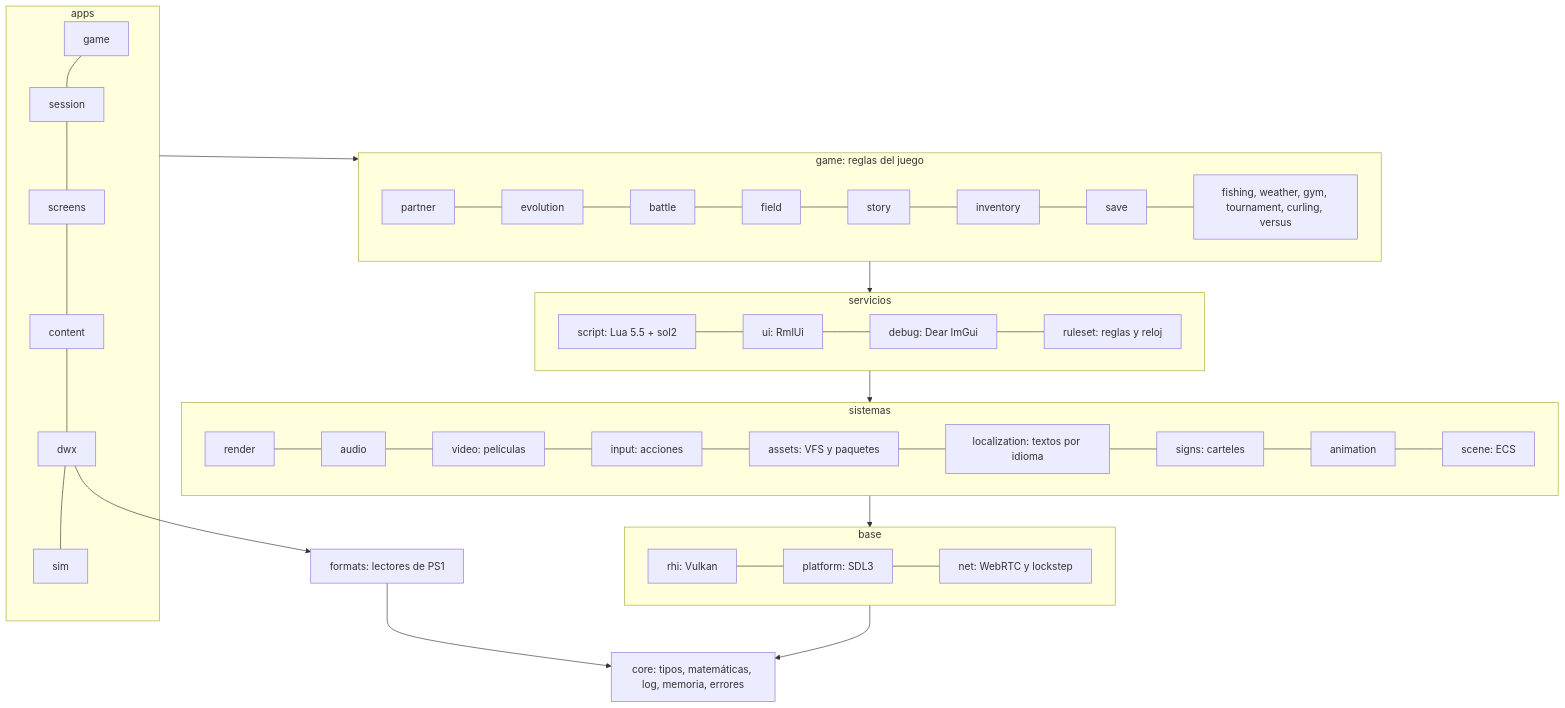
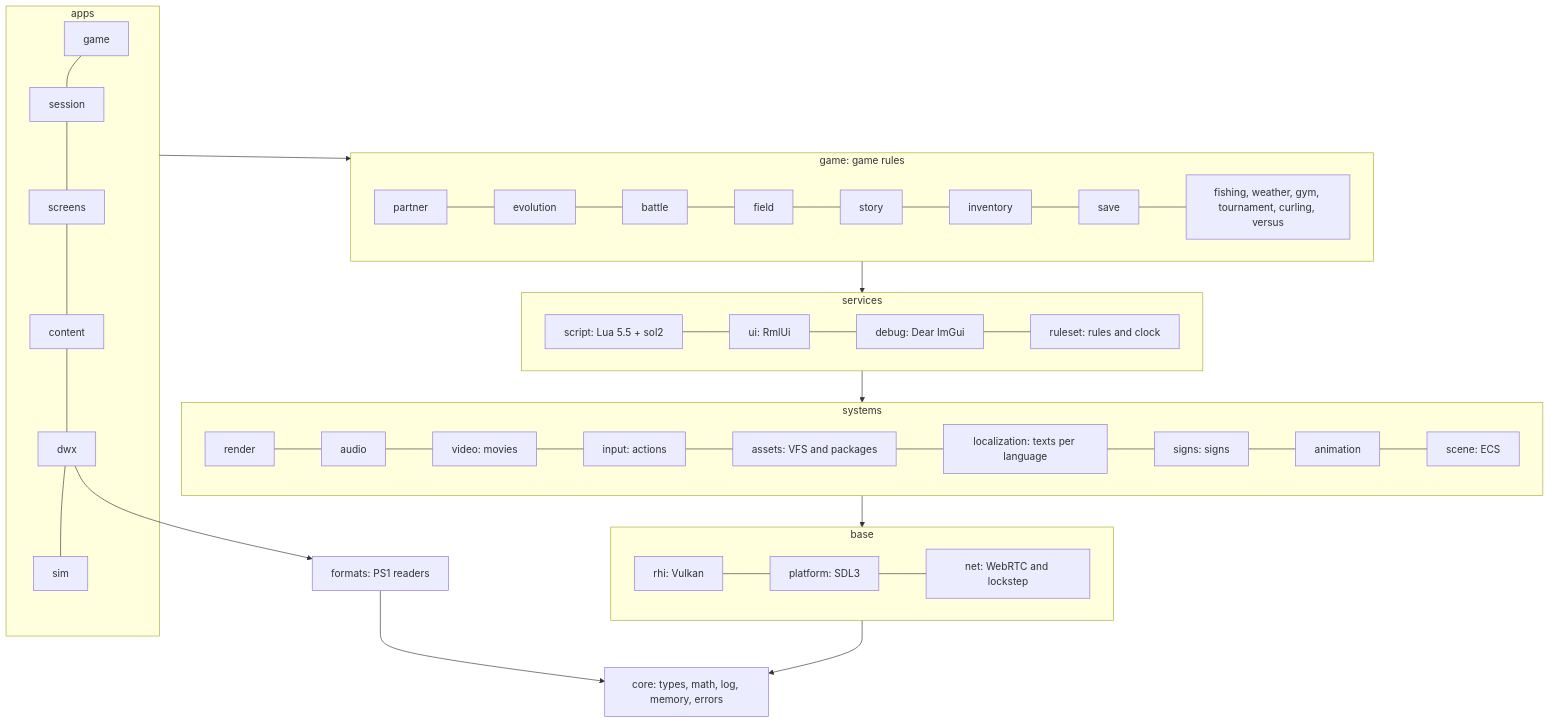
One commit to Indie-Modding-Games/dw-engine changed the second of 2 diagrams in docs/architecture/overview.md. Above: the diagram before and after it, drawn with Mermaid. The commit also changed other lines of this file and 1244 other files, not shown here.

````diff
--- a/docs/architecture/overview.md
+++ b/docs/architecture/overview.md
@@ -51,23 +51,23 @@
 ```mermaid
 flowchart TB
     subgraph apps[apps]
         game_app[game] --- session[session] --- screens[screens] --- content[content] --- dwx[dwx] --- sim[sim]
     end
-    subgraph gameplay[game: reglas del juego]
+    subgraph gameplay[game: game rules]
         partner --- evolution --- battle --- field --- story --- inventory --- save --- minigames[fishing, weather, gym, tournament, curling, versus]
     end
-    subgraph services[servicios]
-        script[script: Lua 5.5 + sol2] --- ui[ui: RmlUi] --- debug[debug: Dear ImGui] --- ruleset[ruleset: reglas y reloj]
+    subgraph services[services]
+        script[script: Lua 5.5 + sol2] --- ui[ui: RmlUi] --- debug[debug: Dear ImGui] --- ruleset[ruleset: rules and clock]
     end
-    subgraph systems[sistemas]
-        render --- audio --- video[video: películas] --- input[input: acciones] --- assets[assets: VFS y paquetes] --- localization[localization: textos por idioma] --- signs[signs: carteles] --- animation --- scene[scene: ECS]
+    subgraph systems[systems]
+        render --- audio --- video[video: movies] --- input[input: actions] --- assets[assets: VFS and packages] --- localization[localization: texts per language] --- signs[signs: signs] --- animation --- scene[scene: ECS]
     end
     subgraph base[base]
-        rhi[rhi: Vulkan] --- platform[platform: SDL3] --- net[net: WebRTC y lockstep]
+        rhi[rhi: Vulkan] --- platform[platform: SDL3] --- net[net: WebRTC and lockstep]
     end
-    core[core: tipos, matemáticas, log, memoria, errores]
-    formats[formats: lectores de PS1]
+    core[core: types, math, log, memory, errors]
+    formats[formats: PS1 readers]
 
     apps --> gameplay --> services --> systems --> base --> core
     dwx --> formats --> core
 ```
````
